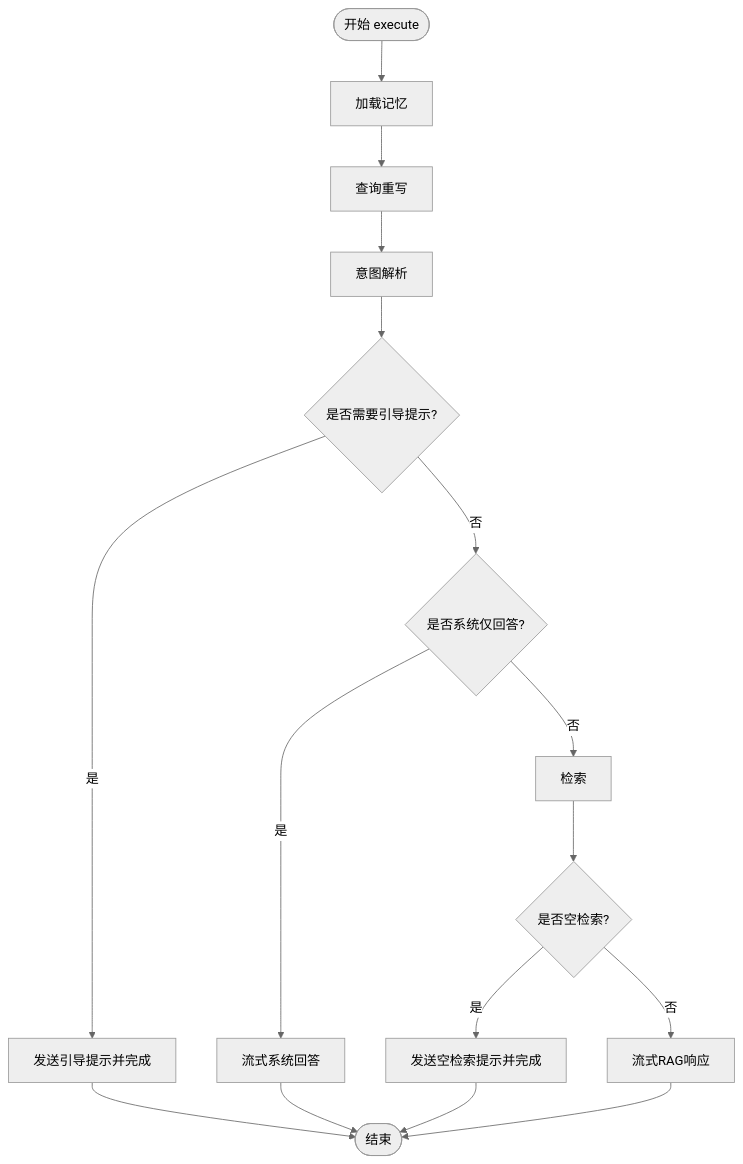
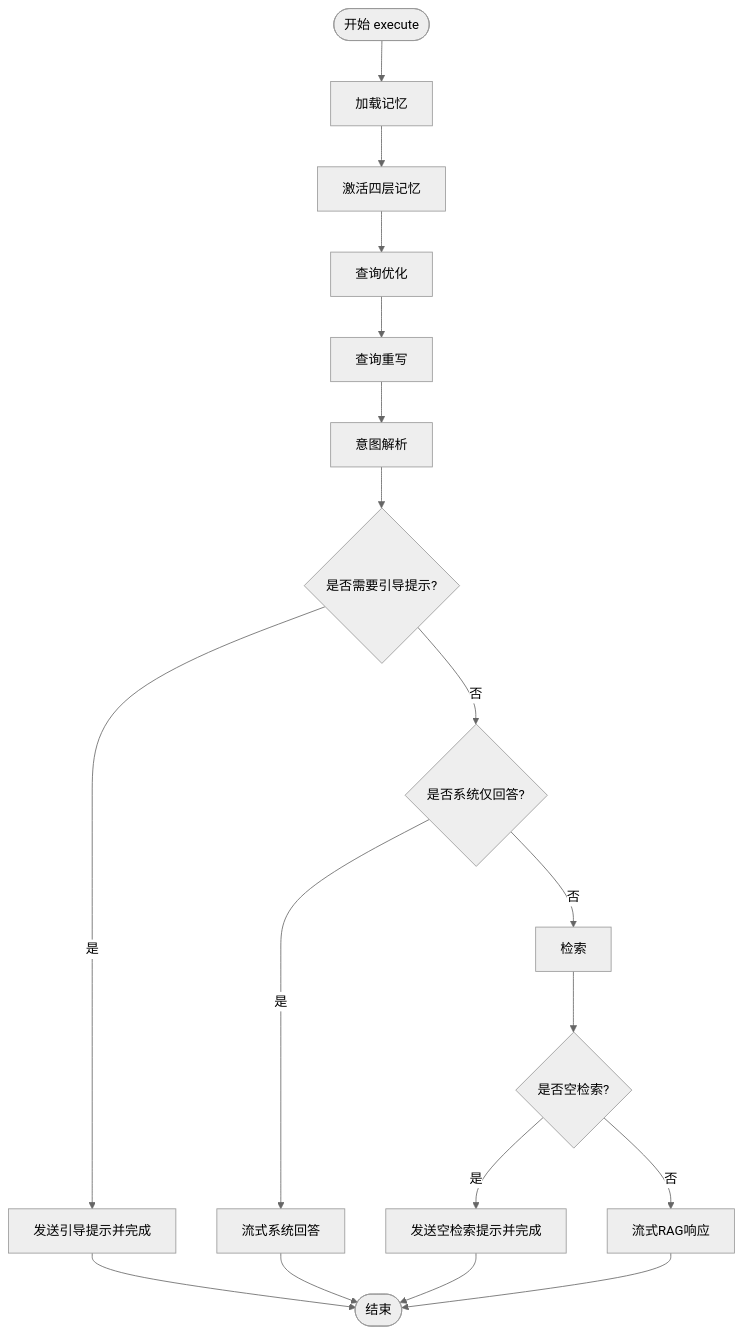
One commit to onceMisery/seahorse-agent changed the fourth of 7 diagrams in docs/zh/content/后端系统/核心内核/应用服务层/聊天应用服务.md. Above: the diagram before and after it, drawn with Mermaid (neutral theme). The commit also changed other lines of this file and 5 other files, not shown here.

````diff
--- a/docs/zh/content/后端系统/核心内核/应用服务层/聊天应用服务.md
+++ b/docs/zh/content/后端系统/核心内核/应用服务层/聊天应用服务.md
@@ -193,18 +193,20 @@
 ```mermaid
 flowchart TD
 Start(["开始 execute"]) --> Load["加载记忆"]
-Load --> Rewrite["查询重写"]
+Load --> Activate["激活四层记忆"]
+Activate --> Optimize["查询优化"]
+Optimize --> Rewrite["查询重写"]
 Rewrite --> Resolve["意图解析"]
 Resolve --> Guidance{"是否需要引导提示?"}
 Guidance --> |是| Prompt["发送引导提示并完成"]
 Guidance --> |否| SysOnly{"是否系统仅回答?"}
 SysOnly --> |是| SysResp["流式系统回答"]
 SysOnly --> |否| Retrieve["检索"]
 Retrieve --> Empty{"是否空检索?"}
 Empty --> |是| EmptyHint["发送空检索提示并完成"]
 Empty --> |否| Stream["流式RAG响应"]
 SysResp --> End(["结束"])
 Prompt --> End
 EmptyHint --> End
 Stream --> End
 ```
````
